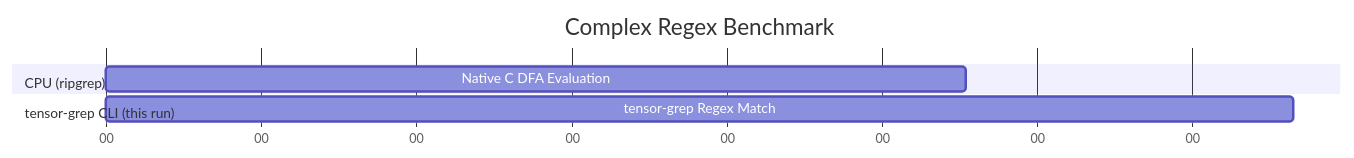
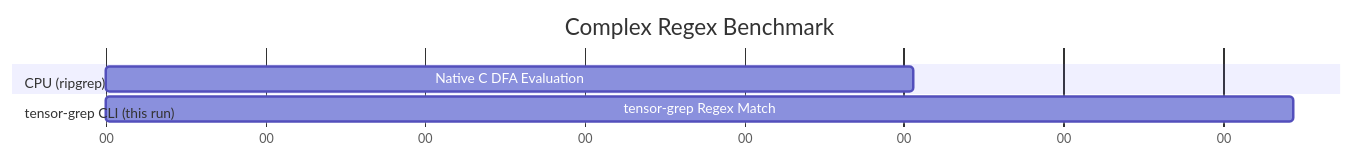
One commit to oimiragieo/tensor-grep changed the second of 3 diagrams in docs/PAPER.md. Above: the diagram before and after it, drawn with Mermaid. The commit also changed other lines of this file and 4 other files, not shown here.

````diff
--- a/docs/PAPER.md
+++ b/docs/PAPER.md
@@ -100,12 +100,12 @@
 ```mermaid
 gantt
     title Complex Regex Benchmark
     dateFormat  s
     axisFormat %S
     
     section CPU (ripgrep)
-    Native C DFA Evaluation :a1, 0, 0.554s
+    Native C DFA Evaluation :a1, 0, 0.506s
     
     section tensor-grep CLI (this run)
-    tensor-grep Regex Match :a2, 0, 0.765s
+    tensor-grep Regex Match :a2, 0, 0.744s
 ```
````
